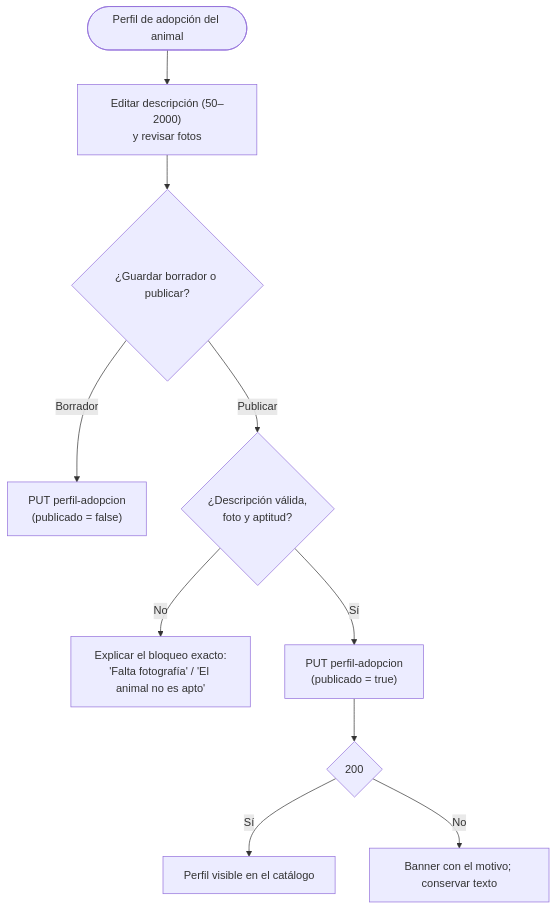
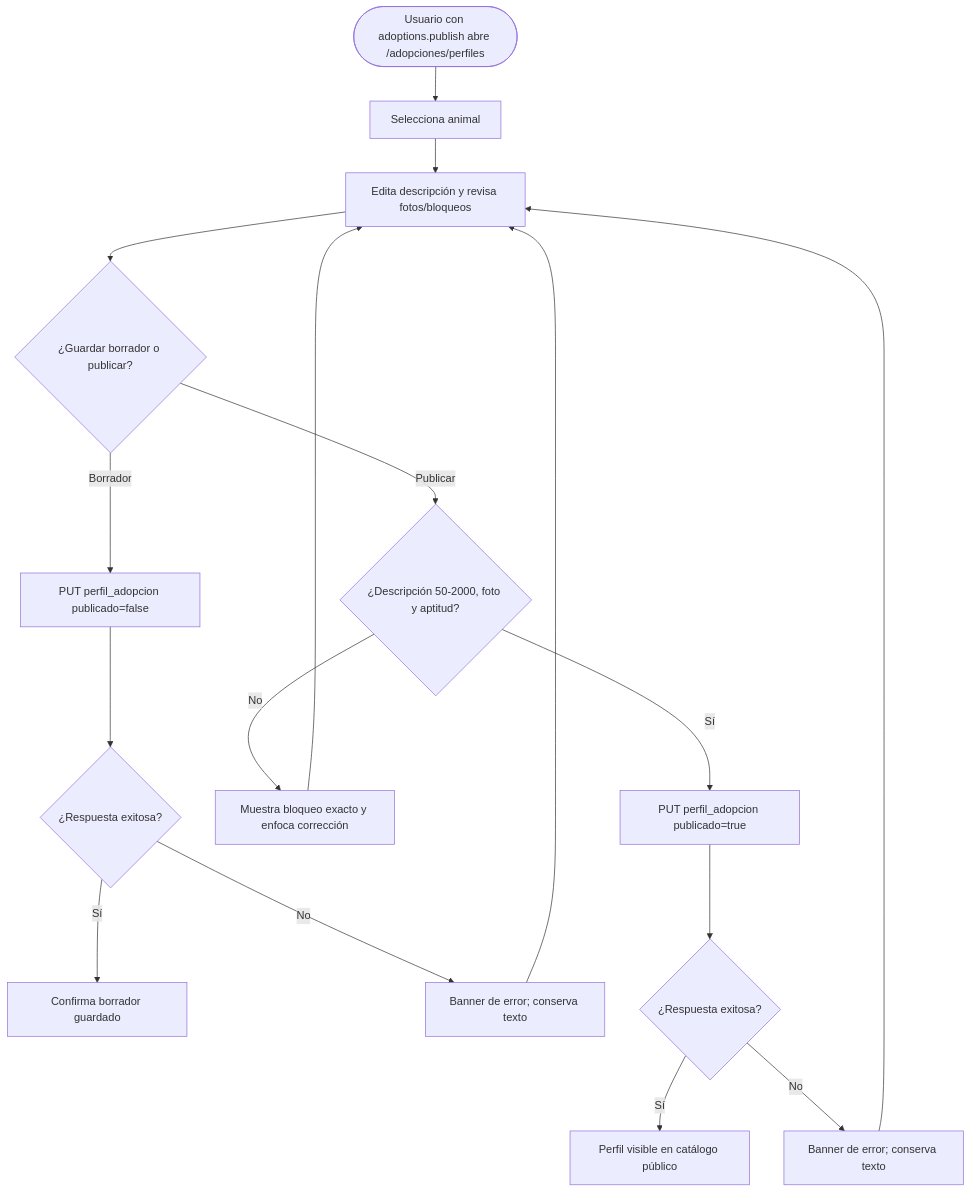
The second of 4 diagrams in docs/features/ui-ux/requerimiento-05-portal-adopciones-ui-ux.md (thespacio/pixkki), drawn with Mermaid before and after one commit. The commit also changed other lines of this file and 112 other files, not shown here.

````diff
--- a/docs/features/ui-ux/requerimiento-05-portal-adopciones-ui-ux.md
+++ b/docs/features/ui-ux/requerimiento-05-portal-adopciones-ui-ux.md
@@ -50,12 +170,19 @@
 ```mermaid
 flowchart TD
-    A(["Perfil de adopción del animal"]) --> B["Editar descripción (50–2000)<br/>y revisar fotos"]
-    B --> C{"¿Guardar borrador o publicar?"}
-    C -- "Borrador" --> D["PUT perfil-adopcion<br/>(publicado = false)"]
-    C -- "Publicar" --> E{"¿Descripción válida,<br/>foto y aptitud?"}
-    E -- "No" --> E1["Explicar el bloqueo exacto:<br/>'Falta fotografía' / 'El animal no es apto'"]
-    E -- "Sí" --> F["PUT perfil-adopcion<br/>(publicado = true)"]
-    F --> G{"200"}
-    G -- "Sí" --> H["Perfil visible en el catálogo"]
-    G -- "No" --> I["Banner con el motivo; conservar texto"]
+    A([Usuario con adoptions.publish abre /adopciones/perfiles]) --> B[Selecciona animal]
+    B --> C[Edita descripción y revisa fotos/bloqueos]
+    C --> D{¿Guardar borrador o publicar?}
+    D -- Borrador --> E[PUT perfil_adopcion publicado=false]
+    E --> F{¿Respuesta exitosa?}
+    F -- Sí --> G[Confirma borrador guardado]
+    F -- No --> H[Banner de error; conserva texto]
+    H --> C
+    D -- Publicar --> I{¿Descripción 50-2000, foto y aptitud?}
+    I -- No --> I1[Muestra bloqueo exacto y enfoca corrección]
+    I1 --> C
+    I -- Sí --> J[PUT perfil_adopcion publicado=true]
+    J --> K{¿Respuesta exitosa?}
+    K -- Sí --> L[Perfil visible en catálogo público]
+    K -- No --> M[Banner de error; conserva texto]
+    M --> C
 ```
````
